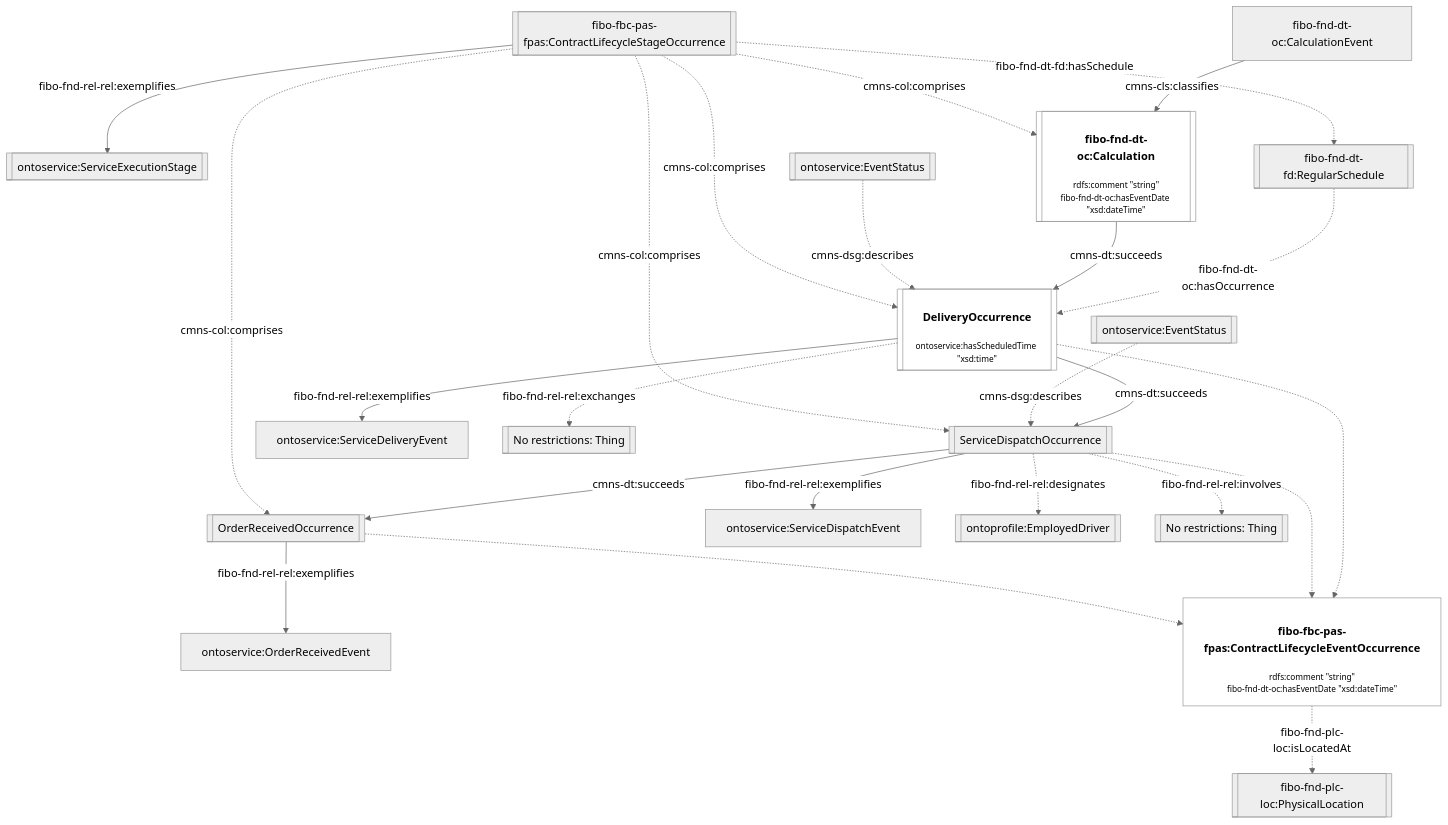
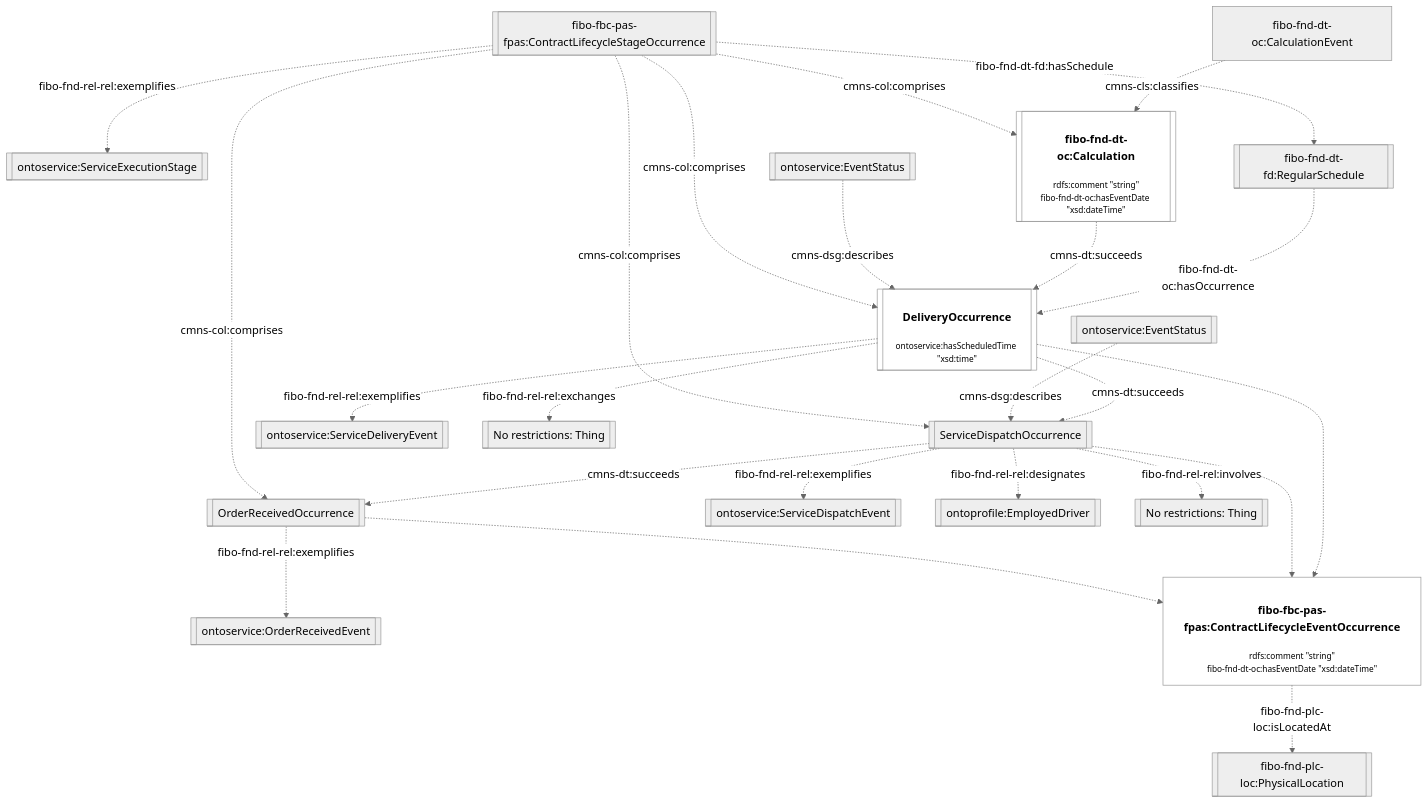
The eighth of 12 diagrams in JPS_Ontology/ontology/ontoservice/README.md (cambridge-cares/TheWorldAvatar), drawn with Mermaid (neutral theme) before and after one commit. The commit also changed other lines of this file and 2 other files, not shown here.

Commit message:
dev-service-execution-ontology-extension: update documentation based on review comments

````diff
--- a/JPS_Ontology/ontology/ontoservice/README.md
+++ b/JPS_Ontology/ontology/ontoservice/README.md
@@ -349,37 +347,37 @@
 ```mermaid
 flowchart TD
     %% Styling
     classDef literal fill:none
     classDef node overflow-wrap:break-word,text-wrap:pretty
     linkStyle default overflow-wrap:break-word,text-wrap:pretty;
 
     %% Contents
-    StageOccurrence[[fibo-fbc-pas-fpas:ContractLifecycleStageOccurrence]] -- fibo-fnd-rel-rel:exemplifies --> ServiceExecutionStage[[ontoservice:ServiceExecutionStage]]
+    StageOccurrence[[fibo-fbc-pas-fpas:ContractLifecycleStageOccurrence]] -. fibo-fnd-rel-rel:exemplifies .-> ServiceExecutionStage[[ontoservice:ServiceExecutionStage]]
 
     StageOccurrence -. cmns-col:comprises .-> OrderReceivedOccurrence[[OrderReceivedOccurrence]]
-    OrderReceivedOccurrence -- fibo-fnd-rel-rel:exemplifies --> OrderReceivedEvent[ontoservice:OrderReceivedEvent]
+    OrderReceivedOccurrence -. fibo-fnd-rel-rel:exemplifies .-> OrderReceivedEvent[[ontoservice:OrderReceivedEvent]]
     OrderReceivedOccurrence -.-> EventOccurrence["<h4>fibo-fbc-pas-fpas:ContractLifecycleEventOccurrence</h4><p style='font-size:0.75rem;'>rdfs:comment &quot;string&quot;<br>fibo-fnd-dt-oc:hasEventDate &quot;xsd:dateTime&quot;</p>"]:::literal
 
     StageOccurrence -. cmns-col:comprises .-> DispatchOccurrence[[ServiceDispatchOccurrence]]
-    DispatchOccurrence -- fibo-fnd-rel-rel:exemplifies --> ServiceDispatchEvent[ontoservice:ServiceDispatchEvent]
+    DispatchOccurrence -. fibo-fnd-rel-rel:exemplifies .-> ServiceDispatchEvent[[ontoservice:ServiceDispatchEvent]]
     DispatchOccurrence -.-> EventOccurrence
-    DispatchOccurrence -- cmns-dt:succeeds --> OrderReceivedOccurrence
+    DispatchOccurrence -. cmns-dt:succeeds .-> OrderReceivedOccurrence
     DispatchEventStatus[[ontoservice:EventStatus]] -. cmns-dsg:describes .-> DispatchOccurrence
 
     StageOccurrence -. cmns-col:comprises .-> DeliveryOccurrence[["<h4>DeliveryOccurrence</h4><p style='font-size:0.75rem;'>ontoservice:hasScheduledTime &quot;xsd:time&quot;</p>"]]:::literal
-    DeliveryOccurrence -- fibo-fnd-rel-rel:exemplifies --> ServiceDeliveryEvent[ontoservice:ServiceDeliveryEvent]
+    DeliveryOccurrence -. fibo-fnd-rel-rel:exemplifies .-> ServiceDeliveryEvent[[ontoservice:ServiceDeliveryEvent]]
     DeliveryOccurrence -.-> EventOccurrence
-    DeliveryOccurrence -- cmns-dt:succeeds --> DispatchOccurrence
+    DeliveryOccurrence -. cmns-dt:succeeds .-> DispatchOccurrence
     DeliveryEventStatus[[ontoservice:EventStatus]] -. cmns-dsg:describes .-> DeliveryOccurrence
 
     StageOccurrence -. cmns-col:comprises .-> Calculation[["<h4>fibo-fnd-dt-oc:Calculation</h4><p style='font-size:0.75rem;'>rdfs:comment &quot;string&quot;<br>fibo-fnd-dt-oc:hasEventDate &quot;xsd:dateTime&quot;</p>"]]:::literal
-    CalculationEvent[fibo-fnd-dt-oc:CalculationEvent] -- cmns-cls:classifies --> Calculation
-    Calculation -- cmns-dt:succeeds --> DeliveryOccurrence
+    CalculationEvent[fibo-fnd-dt-oc:CalculationEvent] -. cmns-cls:classifies .-> Calculation
+    Calculation -. cmns-dt:succeeds .-> DeliveryOccurrence
 
     StageOccurrence -. fibo-fnd-dt-fd:hasSchedule .-> Schedule[[fibo-fnd-dt-fd:RegularSchedule]]
     Schedule -. fibo-fnd-dt-oc:hasOccurrence .-> DeliveryOccurrence
     DispatchOccurrence -. fibo-fnd-rel-rel:designates .-> Driver[[ontoprofile:EmployedDriver]]
     DispatchOccurrence -. fibo-fnd-rel-rel:involves .-> AssignableThing[[No restrictions: Thing]]
     DeliveryOccurrence -. fibo-fnd-rel-rel:exchanges .->  ExchangeableThing[[No restrictions: Thing]]
     EventOccurrence -. fibo-fnd-plc-loc:isLocatedAt .-> Location[[fibo-fnd-plc-loc:PhysicalLocation]]
 ```
````
